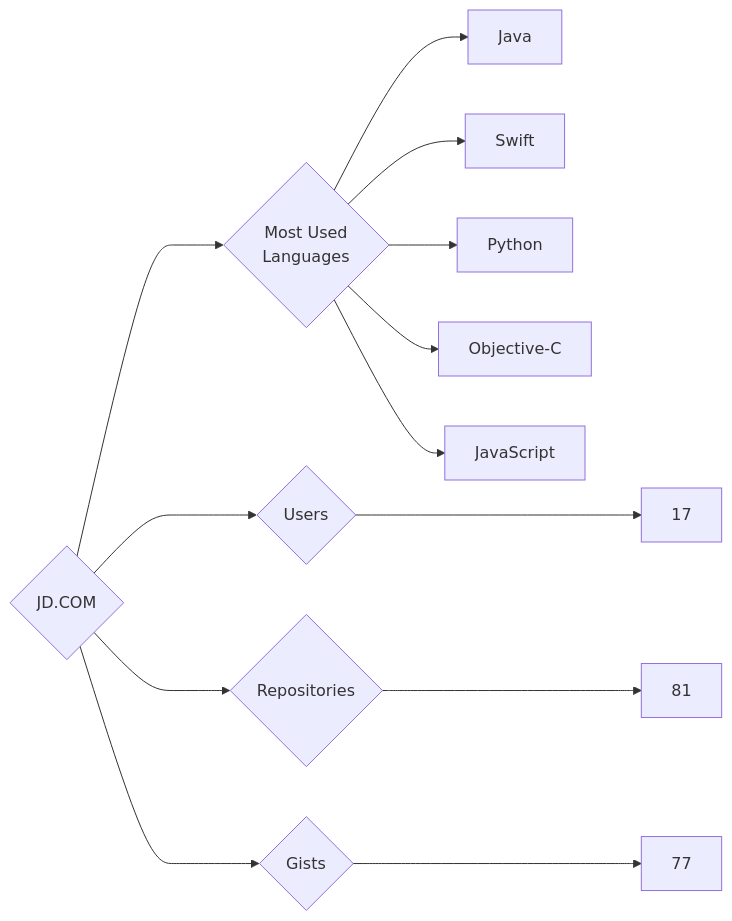
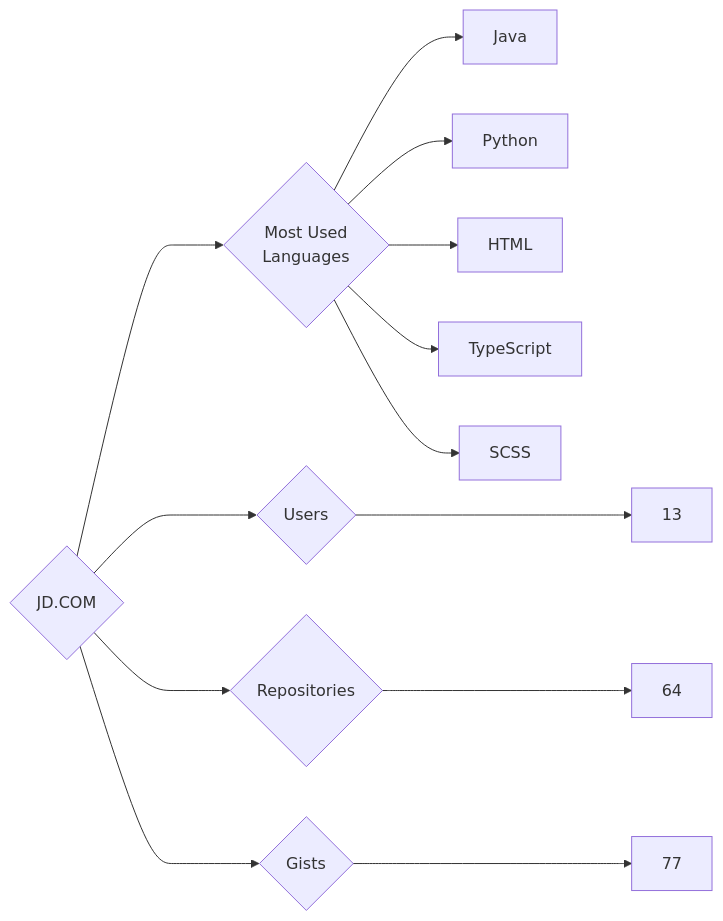
Before and after one commit to trickest/insiders: the diagram in targets/JD.COM/README.md, drawn with Mermaid. The commit also changed 823 other files, not shown here.

````diff
--- a/targets/JD.COM/README.md
+++ b/targets/JD.COM/README.md
@@ -3,13 +3,13 @@
 ```mermaid
 graph LR
 COMPANY_NAME{JD.COM}
-COMPANY_NAME ---> U{Users} ---> UN[17]
-COMPANY_NAME ---> R{Repositories} ---> RN[81]
+COMPANY_NAME ---> U{Users} ---> UN[13]
+COMPANY_NAME ---> R{Repositories} ---> RN[64]
 COMPANY_NAME ---> G{Gists} ---> GN[77]
 COMPANY_NAME ---> ML{Most Used<br>Languages}
 ML --> Java[Java]
-ML --> Swift[Swift]
 ML --> Python[Python]
-ML --> Objective-C[Objective-C]
-ML --> JavaScript[JavaScript]
+ML --> HTML[HTML]
+ML --> TypeScript[TypeScript]
+ML --> SCSS[SCSS]
 ```
````
